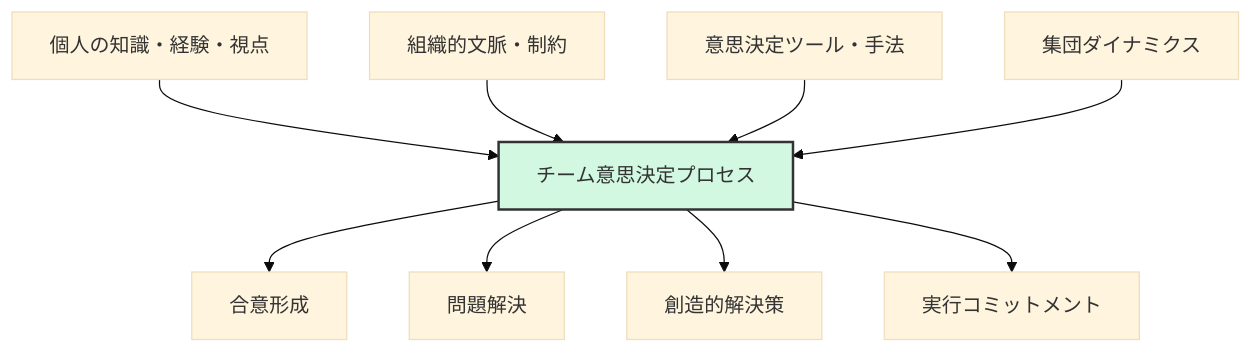
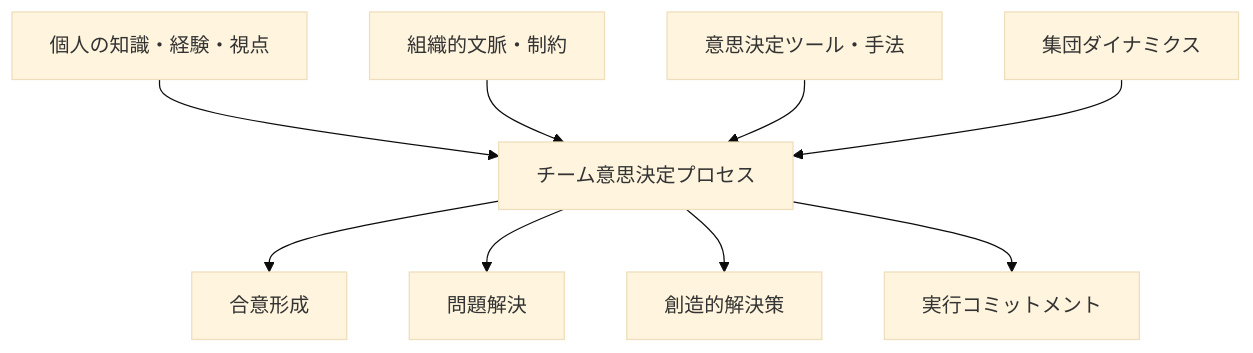
Before and after one commit to shuji-bonji/Situational-Awareness-and-Decision-Making: the first of 9 diagrams in docs/decision-making-guide/team-decision-making.md, drawn with Mermaid (base theme). The commit also changed other lines of this file and 49 other files, not shown here.

Commit message:
fix: ダークモードで見づらい図の色の変更

````diff
--- a/docs/decision-making-guide/team-decision-making.md
+++ b/docs/decision-making-guide/team-decision-making.md
@@ -16,14 +16,14 @@
 ```mermaid
 graph TD
     A[個人の知識・経験・視点] --> B[チーム意思決定プロセス]
     C[組織的文脈・制約] --> B
     D[意思決定ツール・手法] --> B
     E[集団ダイナミクス] --> B
     
     B --> F[合意形成]
     B --> G[問題解決]
     B --> H[創造的解決策]
     B --> I[実行コミットメント]
     
-    style B fill:#d3f8e2,stroke:#333,stroke-width:2px
+
 ```
````
